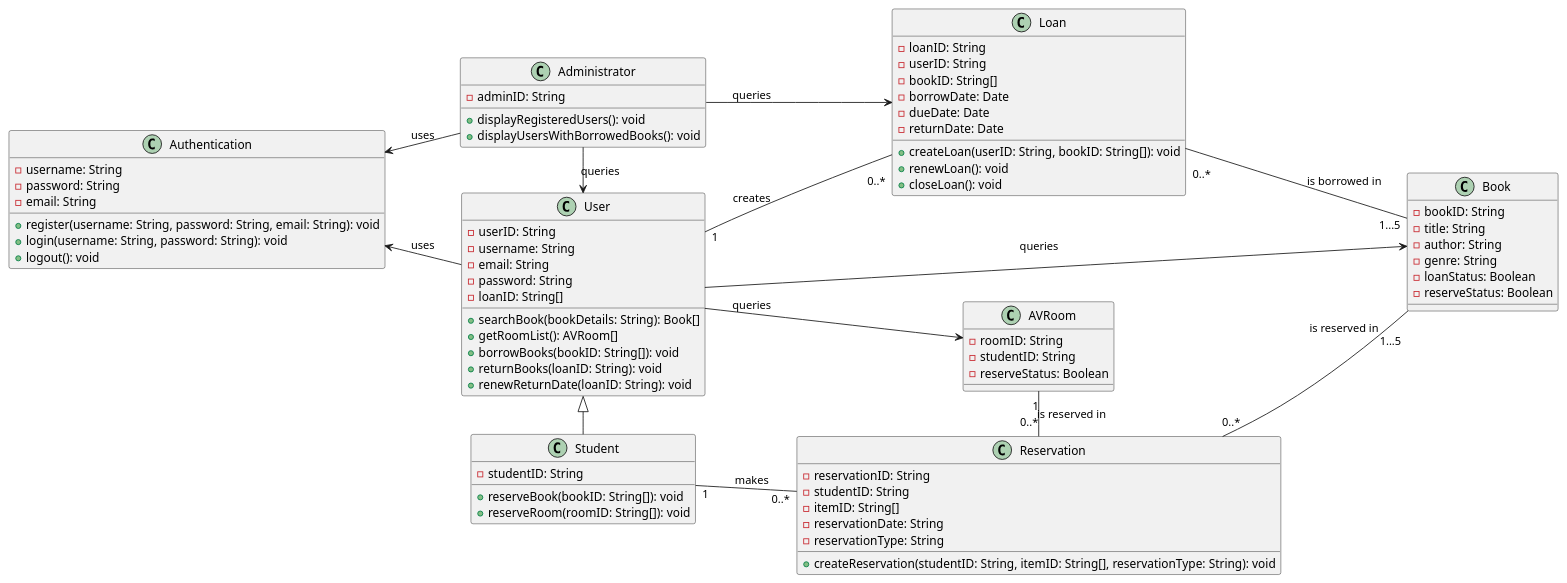
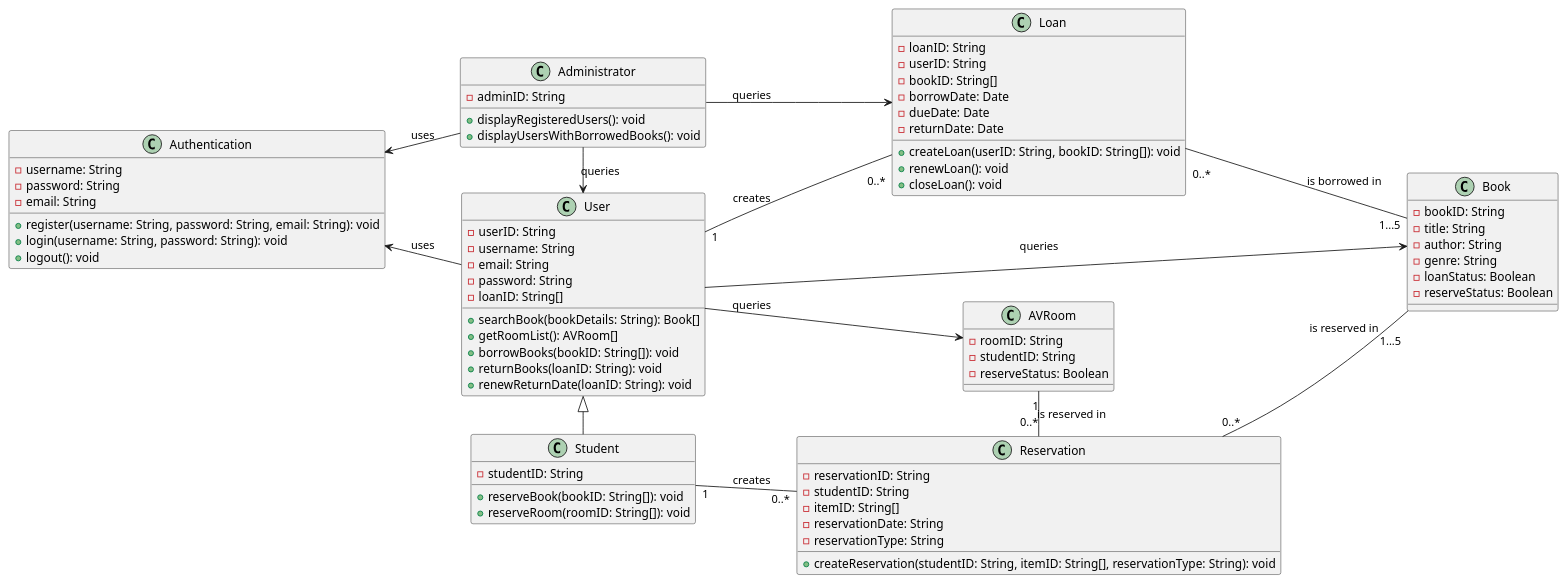
The diagram in src/class.puml (zuzu2307/Final_UML), drawn with PlantUML before and after one commit. The commit also changed 1 other file, not shown here.

Commit message:
change makes to creates

```diff
--- a/src/class.puml
+++ b/src/class.puml
@@ -1,87 +1,86 @@
 @startuml
 left to right direction
 
-class Authentication{
+class Authentication {
     -username: String
     -password: String
     -email: String
     +register(username: String, password: String, email: String): void
     +login(username: String, password: String): void
     +logout(): void
 }
 
 class User {
     -userID: String
     -username: String
     -email: String
     -password: String
     -loanID: String[]
     +searchBook(bookDetails: String): Book[]
     +getRoomList(): AVRoom[]
     +borrowBooks(bookID: String[]): void
     +returnBooks(loanID: String): void
     +renewReturnDate(loanID: String): void
 }
 
 class Student {
     -studentID: String
     +reserveBook(bookID: String[]): void
     +reserveRoom(roomID: String[]): void
 }
 
 class Book {
     -bookID: String
     -title: String
     -author: String
     -genre: String
     -loanStatus: Boolean
     -reserveStatus: Boolean
 }
 
 class Loan {
     -loanID: String
     -userID: String
     -bookID: String[]
     -borrowDate: Date
     -dueDate: Date
     -returnDate: Date
     +createLoan(userID: String, bookID: String[]): void
     +renewLoan(): void
     +closeLoan(): void
 }
 
 class Administrator {
     -adminID: String
     +displayRegisteredUsers(): void
     +displayUsersWithBorrowedBooks(): void
 }
 
 class Reservation {
     -reservationID: String
     -studentID: String
     -itemID: String[]
     -reservationDate: String
     -reservationType: String
     +createReservation(studentID: String, itemID: String[], reservationType: String): void
 }
 
-
 class AVRoom {
     -roomID: String
     -studentID: String
     -reserveStatus: Boolean
 }
 
 User -up-> Authentication: uses
 User ---> Book: queries
 User --> AVRoom: queries
 User <|-right- Student
 User "1" -- "\n0..*" Loan: creates
-Student "1" -- "0..*" Reservation: makes
+Student "1" -- "0..*" Reservation: creates
 AVRoom "1" -right- "0..*" Reservation: "                              is reserved in"
 Book "1...5" -up- "\n0..*" Loan: is borrowed in
 Book "\n1...5" -up- "0..*" Reservation: is reserved in
 Administrator -right-> User: "                   queries"
 Administrator -up-> Authentication: uses
 Administrator --> Loan : queries
 @enduml
```
